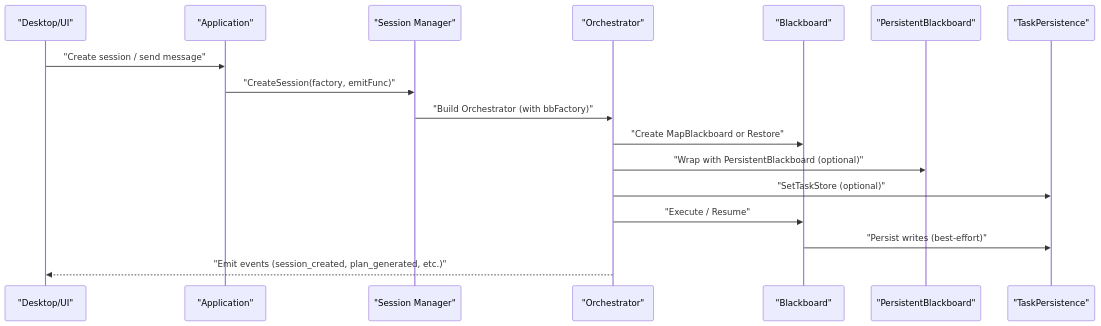
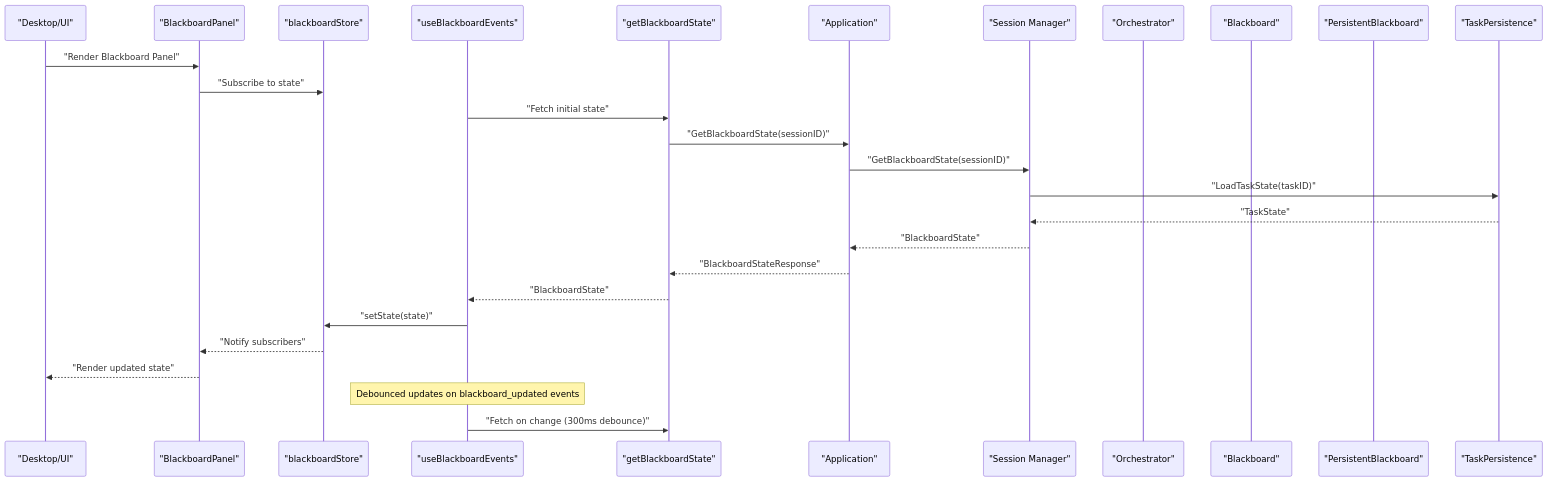
One commit to v0lka/c0wrk changed the second of 9 diagrams in .qoder/repowiki/en/content/Memory and Context Management/Blackboard Architecture.md. Above: the diagram before and after it, drawn with Mermaid. The commit also changed other lines of this file and 10 other files, not shown here.

````diff
--- a/.qoder/repowiki/en/content/Memory and Context Management/Blackboard Architecture.md
+++ b/.qoder/repowiki/en/content/Memory and Context Management/Blackboard Architecture.md
@@ -111,19 +157,29 @@
 ```mermaid
 sequenceDiagram
 participant UI as "Desktop/UI"
+participant VIEW as "BlackboardPanel"
+participant STORE as "blackboardStore"
+participant EVENTS as "useBlackboardEvents"
+participant API as "getBlackboardState"
 participant APP as "Application"
 participant MGR as "Session Manager"
 participant ORCH as "Orchestrator"
 participant BB as "Blackboard"
 participant PBB as "PersistentBlackboard"
-participant STORE as "TaskPersistence"
-UI->>APP : "Create session / send message"
-APP->>MGR : "CreateSession(factory, emitFunc)"
-MGR->>ORCH : "Build Orchestrator (with bbFactory)"
-ORCH->>BB : "Create MapBlackboard or Restore"
-ORCH->>PBB : "Wrap with PersistentBlackboard (optional)"
-ORCH->>STORE : "SetTaskStore (optional)"
-ORCH->>BB : "Execute / Resume"
-BB->>STORE : "Persist writes (best-effort)"
-ORCH-->>UI : "Emit events (session_created, plan_generated, etc.)"
+participant STOREDB as "TaskPersistence"
+UI->>VIEW : "Render Blackboard Panel"
+VIEW->>STORE : "Subscribe to state"
+EVENTS->>API : "Fetch initial state"
+API->>APP : "GetBlackboardState(sessionID)"
+APP->>MGR : "GetBlackboardState(sessionID)"
+MGR->>STOREDB : "LoadTaskState(taskID)"
+STOREDB-->>MGR : "TaskState"
+MGR-->>APP : "BlackboardState"
+APP-->>API : "BlackboardStateResponse"
+API-->>EVENTS : "BlackboardState"
+EVENTS->>STORE : "setState(state)"
+STORE-->>VIEW : "Notify subscribers"
+VIEW-->>UI : "Render updated state"
+Note over EVENTS : Debounced updates on blackboard_updated events
+EVENTS->>API : "Fetch on change (300ms debounce)"
 ```
````
